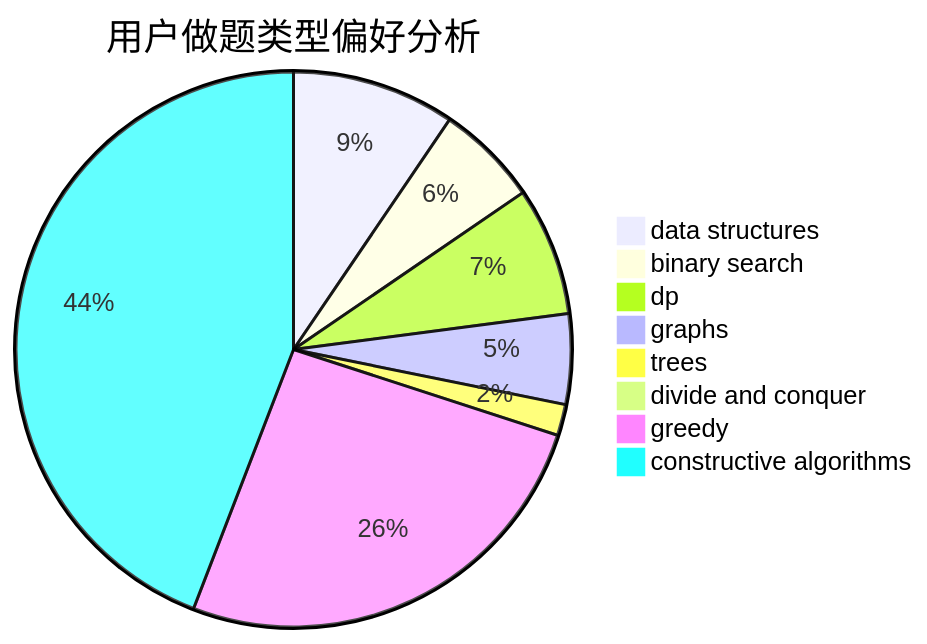
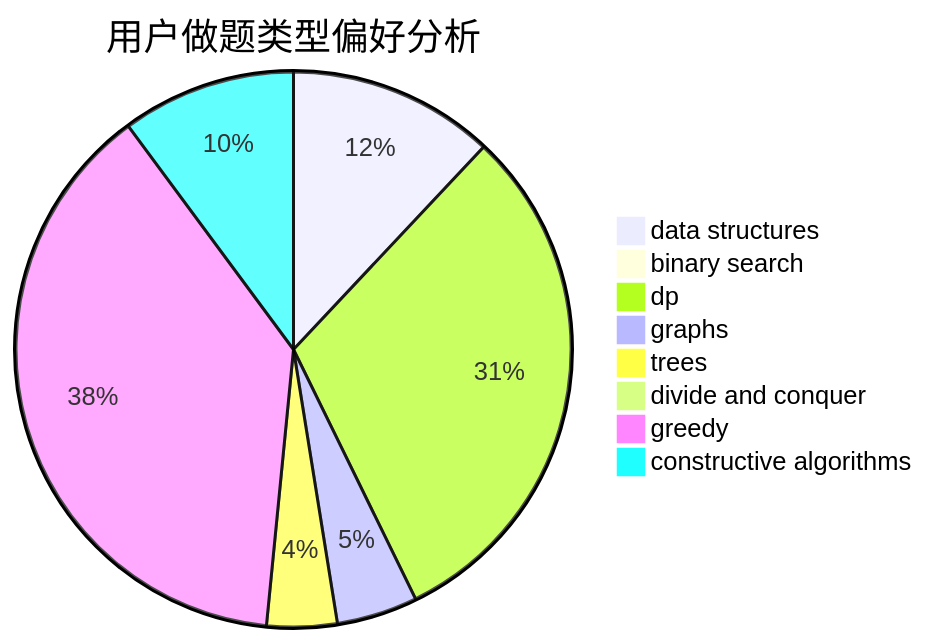
One commit to sherpahu/cfrs.github.io changed the second of 3 diagrams in docs/user/u2708.md. Above: the diagram before and after it, drawn with Mermaid. The commit also changed other lines of this file and 2770 other files, not shown here.

````diff
--- a/docs/user/u2708.md
+++ b/docs/user/u2708.md
@@ -23,11 +23,11 @@
 ```mermaid
 pie title 用户做题类型偏好分析
-    "data structures" :  94
-    "binary search" :  59
-    "dp" :  74
-    "graphs" :  52
-    "trees" :  18
+    "data structures" :  135
+    "binary search" :  7
+    "dp" :  346
+    "graphs" :  53
+    "trees" :  46
     "divide and conquer" :  0
-    "greedy" :  256
-    "constructive algorithms" :  437
+    "greedy" :  431
+    "constructive algorithms" :  114
 ```
````
